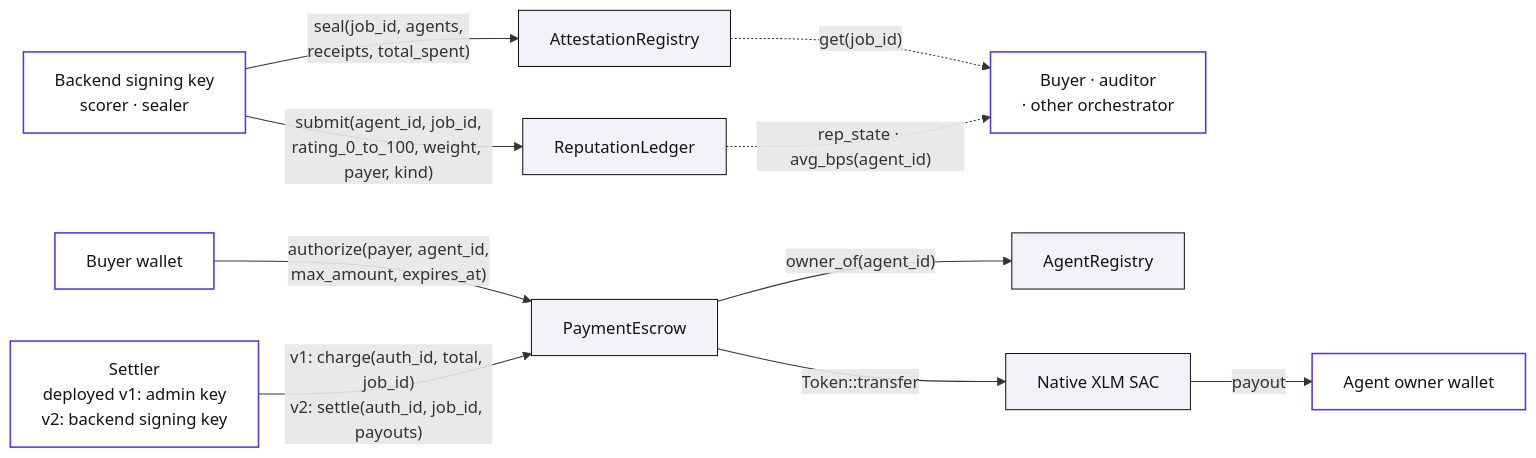
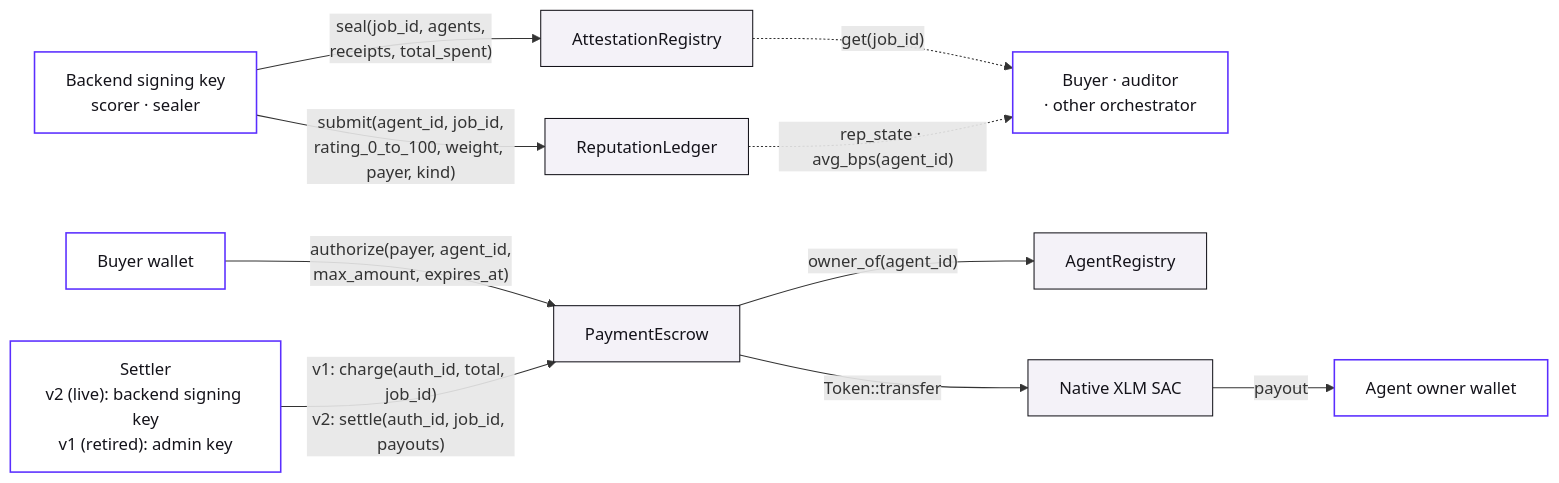
The third of 4 diagrams in litepaper/sections/05-technical-details.md (Bl0cksmiths/Orizon-Agents-FE-Stellar), drawn with Mermaid before and after one commit. The commit also changed other lines of this file, not shown here.

Commit message:
labelled figure 3's settler for the live v2

````diff
--- a/litepaper/sections/05-technical-details.md
+++ b/litepaper/sections/05-technical-details.md
@@ -222,25 +222,25 @@
 ```mermaid
 flowchart LR
     Buyer["Buyer wallet"]
-    Settler["Settler<br/>deployed v1: admin key<br/>v2: backend signing key"]
+    Settler["Settler<br/>v2 (live): backend signing key<br/>v1 (retired): admin key"]
     Backend["Backend signing key<br/>scorer · sealer"]
     Owner["Agent owner wallet"]
     Reader["Buyer · auditor<br/>· other orchestrator"]
 
     Buyer -- "authorize(payer, agent_id,<br/>max_amount, expires_at)" --> PE["PaymentEscrow"]
     Settler -- "v1: charge(auth_id, total, job_id)<br/>v2: settle(auth_id, job_id, payouts)" --> PE
     PE -- "owner_of(agent_id)" --> AR["AgentRegistry"]
     PE -- "Token::transfer" --> SAC["Native XLM SAC"]
     SAC -- "payout" --> Owner
 
     Backend -- "seal(job_id, agents,<br/>receipts, total_spent)" --> AT["AttestationRegistry"]
     Backend -- "submit(agent_id, job_id,<br/>rating_0_to_100, weight, payer, kind)" --> RL["ReputationLedger"]
 
     AT -. "get(job_id)" .-> Reader
     RL -. "rep_state · avg_bps(agent_id)" .-> Reader
 
     classDef wallet fill:#FFFFFF,stroke:#5A2EFF,stroke-width:1.5px,color:#14131A
     classDef contract fill:#F4F2F8,stroke:#14131A,stroke-width:1px,color:#14131A
     class Buyer,Settler,Backend,Owner,Reader wallet
     class PE,AR,AT,RL,SAC contract
 ```
````
